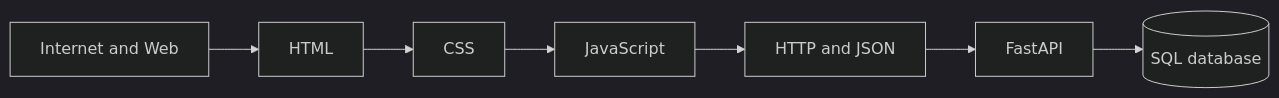
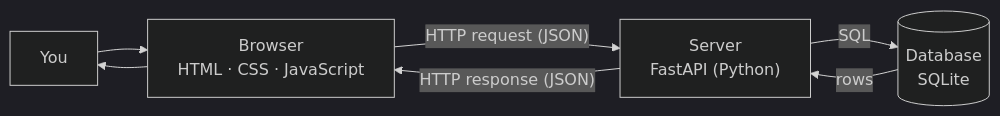
The first of 22 diagrams in docs/WEB_TECHNOLOGY.md (FUllSCIPTS/ATLAS), drawn with Mermaid (dark theme) before and after one commit. The commit also changed other lines of this file and 2 other files, not shown here.

First line of the commit message:
Course guides: audited, exhaustive DSA, Python and Web Technology lessons

```diff
--- a/docs/WEB_TECHNOLOGY.md
+++ b/docs/WEB_TECHNOLOGY.md
@@ -15,9 +19,9 @@
 ~~~mermaid
 flowchart LR
- A[Internet and Web] --> B[HTML]
- B --> C[CSS]
- C --> D[JavaScript]
- D --> E[HTTP and JSON]
- E --> F[FastAPI]
- F --> G[(SQL database)]
+ U["You"] --> B["Browser<br/>HTML · CSS · JavaScript"]
+ B -- "HTTP request (JSON)" --> S["Server<br/>FastAPI (Python)"]
+ S -- "SQL" --> D[("Database<br/>SQLite")]
+ D -- "rows" --> S
+ S -- "HTTP response (JSON)" --> B
+ B --> U
 ~~~
```
